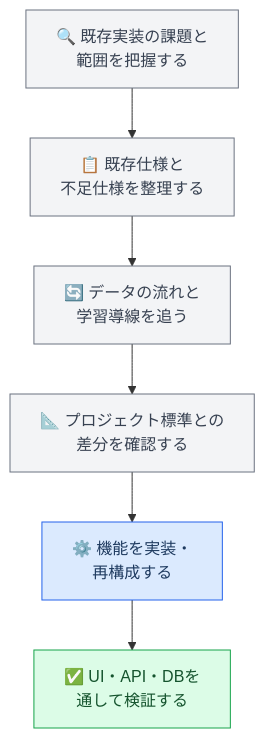
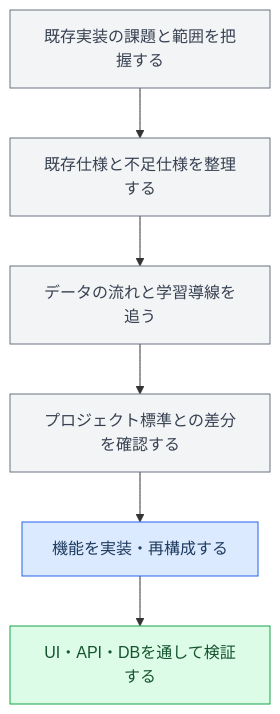
The first of 4 diagrams in articles/custom-learning-roadmap.md (Yucco-K/tech-blog-1), drawn with Mermaid before and after one commit. The commit also changed other lines of this file, not shown here.

First line of the commit message:
feat: ロードマップ記事のtext図をMermaidに置き換え

````diff
--- a/articles/custom-learning-roadmap.md
+++ b/articles/custom-learning-roadmap.md
@@ -56,15 +56,15 @@
 ```mermaid
 flowchart TD
-  A["🔍 既存実装の課題と<br/>範囲を把握する"] --> B["📋 既存仕様と<br/>不足仕様を整理する"]
-  B --> C["🔄 データの流れと<br/>学習導線を追う"]
-  C --> D["📐 プロジェクト標準との<br/>差分を確認する"]
-  D --> E["⚙️ 機能を実装・<br/>再構成する"]
-  E --> F["✅ UI・API・DBを<br/>通して検証する"]
+  A[既存実装の課題と範囲を把握する] --> B[既存仕様と不足仕様を整理する]
+  B --> C[データの流れと学習導線を追う]
+  C --> D[プロジェクト標準との差分を確認する]
+  D --> E[機能を実装・再構成する]
+  E --> F[UI・API・DBを通して検証する]
 
-  classDef gray fill:#f3f4f6,stroke:#6b7280,color:#374151
   classDef blue fill:#dbeafe,stroke:#2563eb,color:#1e3a5f
   classDef green fill:#dcfce7,stroke:#16a34a,color:#14532d
+  classDef gray fill:#f3f4f6,stroke:#6b7280,color:#374151
   class A,B,C,D gray
   class E blue
   class F green
 ```
````
